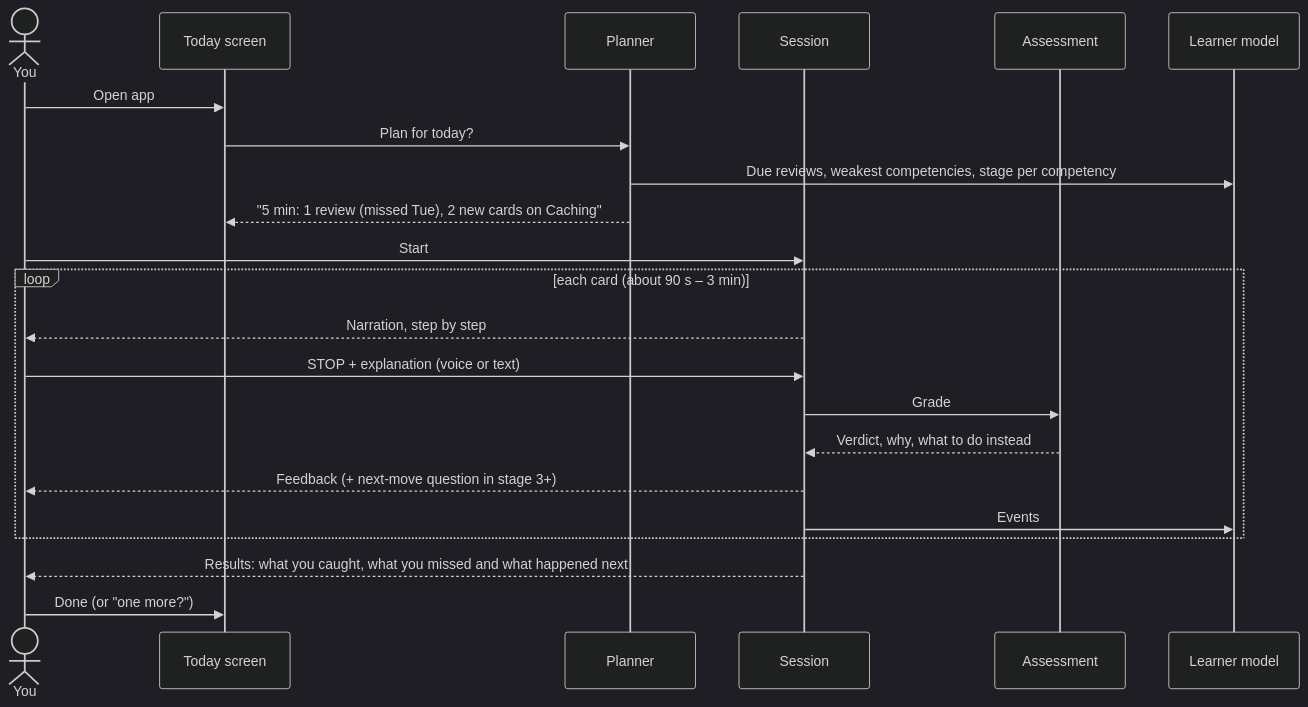
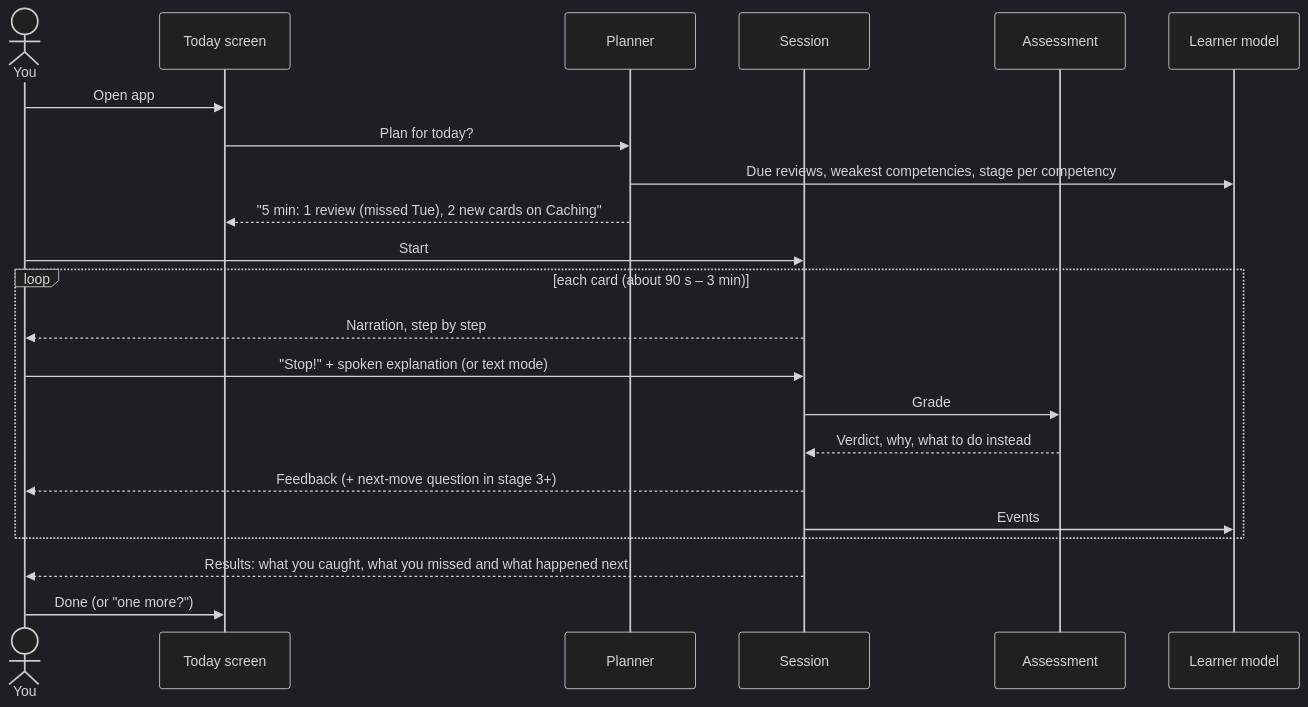
The second of 3 diagrams in docs/foundation/user-flow.md (davebushiri/Ai-learning-app), drawn with Mermaid (dark theme) before and after one commit. The commit also changed other lines of this file and 5 other files, not shown here.

First line of the commit message:
Foundation: voice-first sessions with optional text mode and A/B test

````diff
--- a/docs/foundation/user-flow.md
+++ b/docs/foundation/user-flow.md
@@ -43,24 +44,24 @@
 ```mermaid
 sequenceDiagram
   actor U as You
   participant T as Today screen
   participant PL as Planner
   participant SE as Session
   participant AS as Assessment
   participant LM as Learner model
   U->>T: Open app
   T->>PL: Plan for today?
   PL->>LM: Due reviews, weakest competencies, stage per competency
   PL-->>T: "5 min: 1 review (missed Tue), 2 new cards on Caching"
   U->>SE: Start
   loop each card (about 90 s – 3 min)
     SE-->>U: Narration, step by step
-    U->>SE: STOP + explanation (voice or text)
+    U->>SE: "Stop!" + spoken explanation (or text mode)
     SE->>AS: Grade
     AS-->>SE: Verdict, why, what to do instead
     SE-->>U: Feedback (+ next-move question in stage 3+)
     SE->>LM: Events
   end
   SE-->>U: Results: what you caught, what you missed and what happened next
   U->>T: Done (or "one more?")
 ```
````
